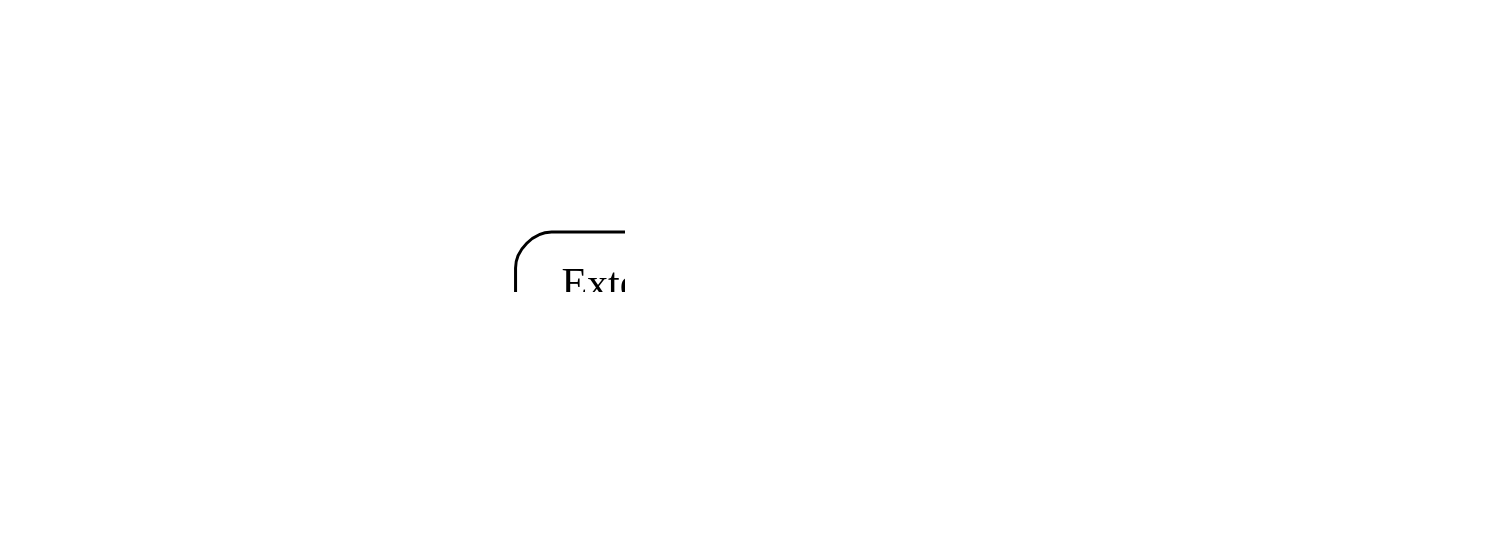
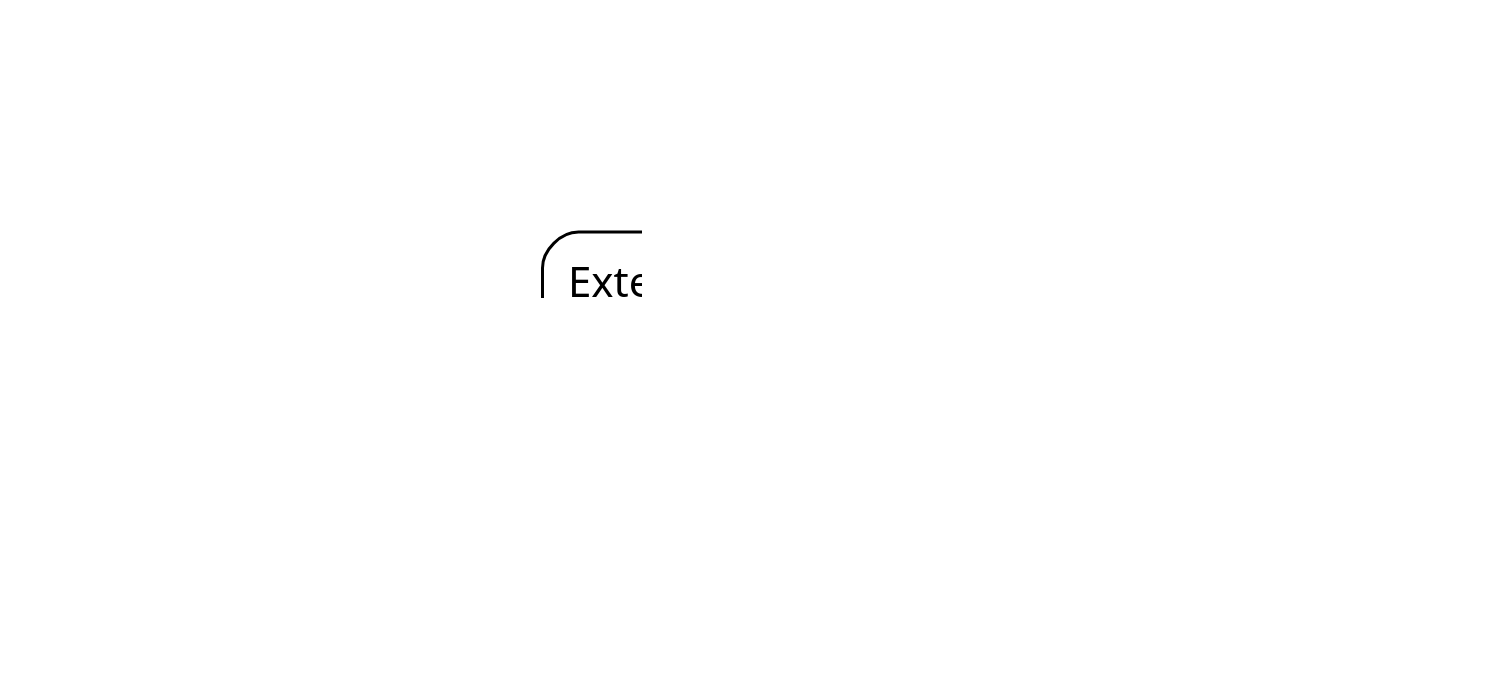
One commit to inponomarev/dsl-talk changed diagram 11 of 14 in slides/src/main/asciidoc/lecture.adoc. Above: the diagram before and after it, drawn with Graphviz. The commit also changed other lines of this file and 2 other files, not shown here.

```diff
--- a/slides/src/main/asciidoc/lecture.adoc
+++ b/slides/src/main/asciidoc/lecture.adoc
@@ -292,20 +560,57 @@
 [graphviz]
 ----
 digraph G {
 
-graph [ dpi = 180 ];
-node[shape="block",style="rounded,filled", fillcolor="#ffffff"]
+graph [ fontname="Sans"; dpi = 180 ];
+node[fontname="Sans",shape="block",style="rounded,filled", fillcolor="#ffffff"]
 DSLs;
 DSLs->External;
 DSLs->Internal[];
 External->A[];
 External->B[];
 Internal[];
 Internal->C[];
 Internal->D[]
-A[label="Designed\nfrom scratch",fillcolor="#a2d149"];
-B[label="Based\non JSON/YAML/XML", fillcolor="#ffb266"];
-C[label="Dynamically\ntyped", fillcolor="#d1c85c"];
-D[label="Statically\ntyped", fillcolor="#ff6666"];
+A[label="Designed\nfrom scratch"];
+B[label="Based\non JSON/YAML/XML"];
+C[label="Dynamically\ntyped"];
+D[label="Statically\ntyped"];
+
+subgraph cluster_0 {
+A; 
+
+style="filled"
+color="#ff6666"
+label="\nNo support"
+labelloc="b"
+}
+
+subgraph cluster_1 {
+B; 
+
+style="invis"
+color="#d1c85c"
+label="Partial support\n(schema-based)"
+labelloc="b"
+}
+
+subgraph cluster_2 {
+C; 
+
+style="filled"
+color="#ffb266"
+label="Rudimentary\nsupport"
+labelloc="b"
+}
+
+subgraph cluster_3 {
+D; 
+
+style="invis"
+color="#a2d149"
+label="\nFull support"
+labelloc="b"
+}
+
 }
 ----
```
